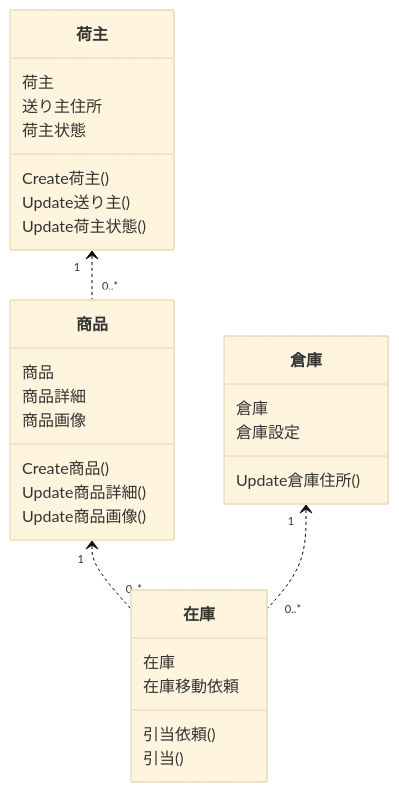
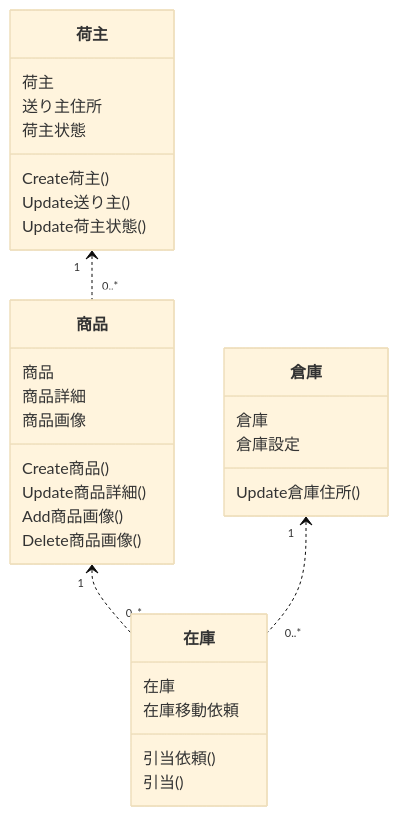
One commit to motojouya/zenn changed the fifth of 9 diagrams in articles/write_uml_for_ddd.md. Above: the diagram before and after it, drawn with Mermaid (base theme). The commit also changed other lines of this file, not shown here.

Commit message:
Modify product image handling in UML documentation

````diff
--- a/articles/write_uml_for_ddd.md
+++ b/articles/write_uml_for_ddd.md
@@ -211,36 +212,37 @@
 ```mermaid
 classDiagram
   class 荷主 {
     荷主
     送り主住所
     荷主状態
     Create荷主()
     Update送り主()
     Update荷主状態()
   }
 
   class 倉庫 {
     倉庫
     倉庫設定
     Update倉庫住所()
   }
 
   class 商品 {
     商品
     商品詳細
     商品画像
     Create商品()
     Update商品詳細()
-    Update商品画像()
+    Add商品画像()
+    Delete商品画像()
   }
   荷主 "1" <.. "0..*" 商品
 
   class 在庫 {
     在庫
     在庫移動依頼
     引当依頼()
     引当()
   }
   商品 "1" <.. "0..*" 在庫
   倉庫 "1" <.. "0..*" 在庫
 ```
````
